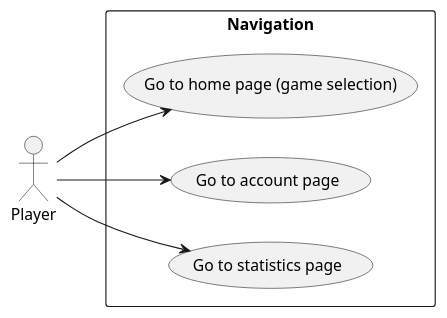
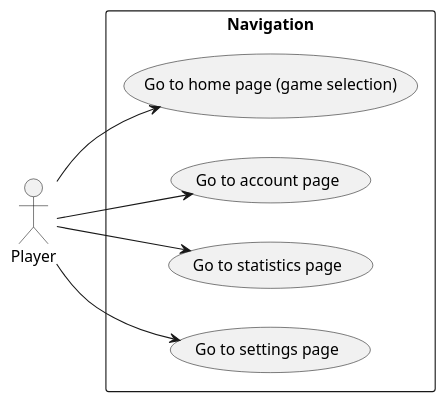
Before and after one commit to Cryptic5/itsSoOverlief: the diagram in Diagrams/use_case_navigation.puml, drawn with PlantUML. The commit also changed 8 other files, not shown here.

Commit message:
updated use case diagrams

```diff
--- a/Diagrams/use_case_navigation.puml
+++ b/Diagrams/use_case_navigation.puml
@@ -1,14 +1,16 @@
 @startuml use_case_navigation
 left to right direction
 :Player: as player
 
 rectangle "Navigation" as navigation {
     usecase "Go to home page (game selection)" as home_page
     usecase "Go to account page" as account_page
     usecase "Go to statistics page" as statistics_page
+    usecase "Go to settings page" as settings_page
 }
 
 player --> home_page
 player --> account_page
 player --> statistics_page
+player --> settings_page
 @enduml
```
